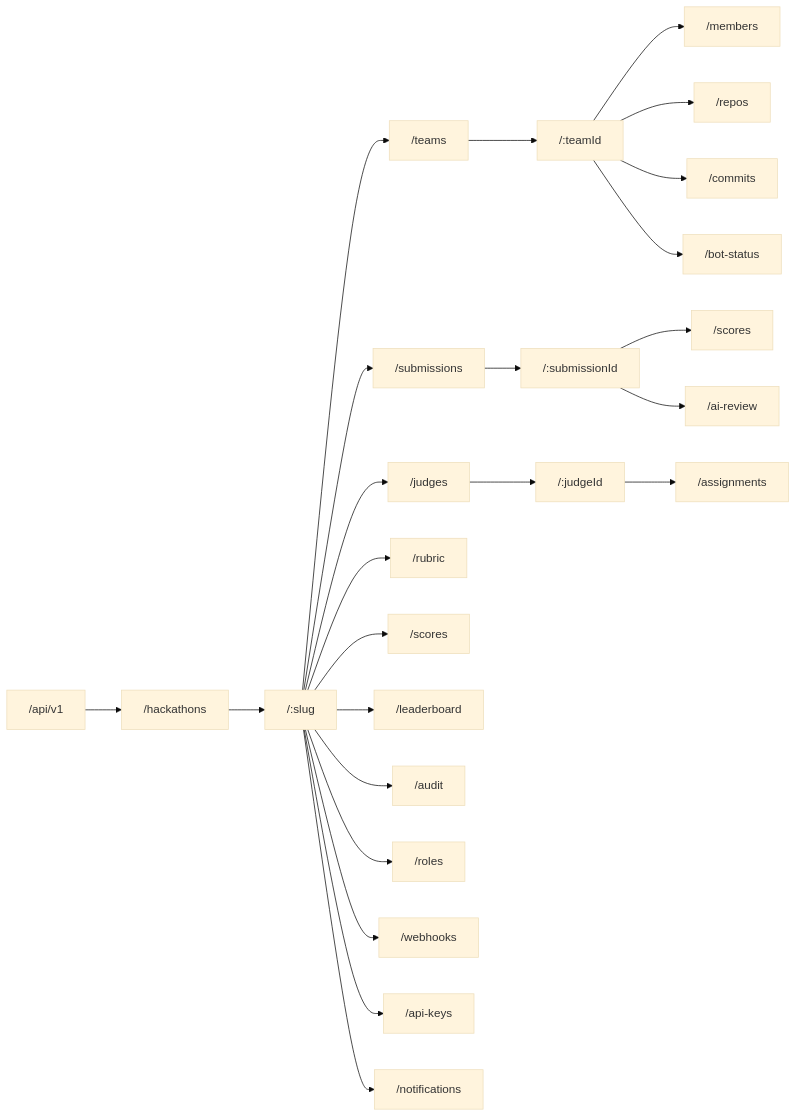
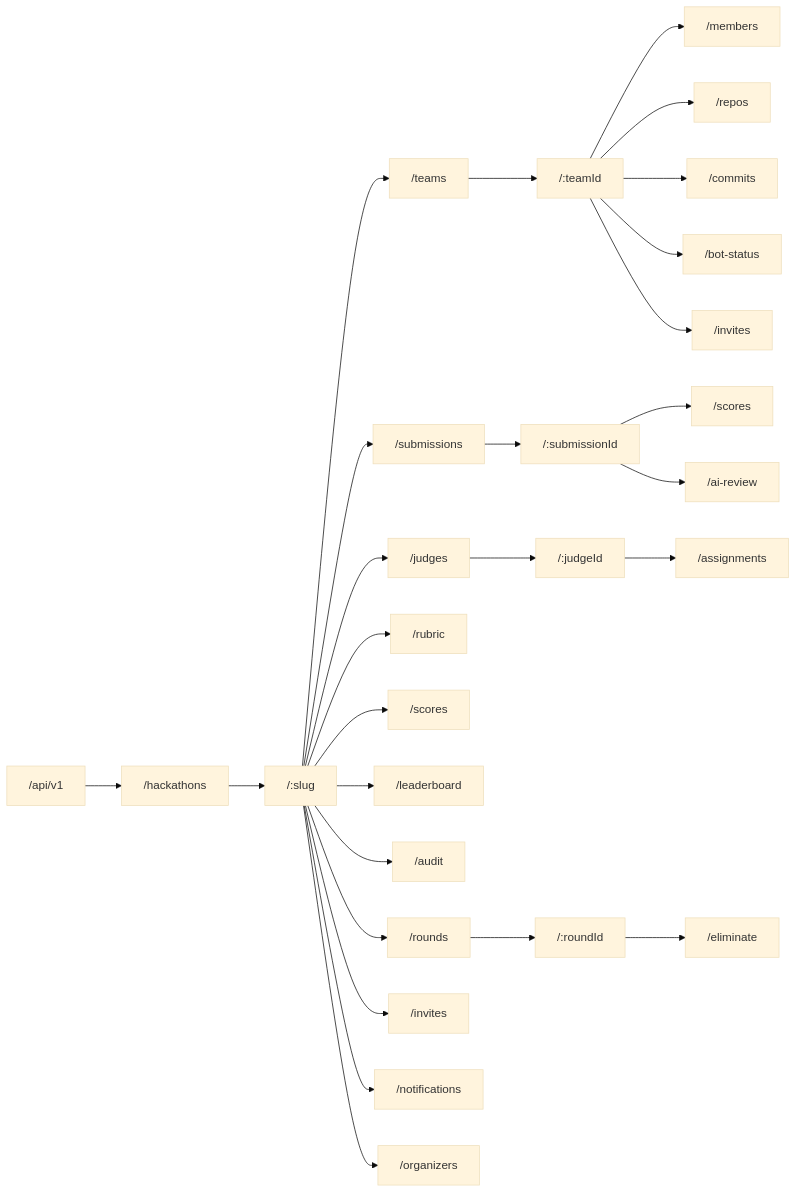
Before and after one commit to devangshupandey2025-stack/DevSage: the first of 8 diagrams in docs/v3/planned/api-design.md, drawn with Mermaid (base theme). The commit also changed other lines of this file, not shown here.

First line of the commit message:
docs(api-design): align routes with Phase 1 scope, add rounds and invites

````diff
--- a/docs/v3/planned/api-design.md
+++ b/docs/v3/planned/api-design.md
@@ -73,29 +71,33 @@
 ```mermaid
 flowchart LR
     A["/api/v1"] --> B["/hackathons"]
     B --> C["/:slug"]
     C --> D["/teams"]
     C --> E["/submissions"]
     C --> F["/judges"]
     C --> G["/rubric"]
     C --> H["/scores"]
     C --> I["/leaderboard"]
     C --> J["/audit"]
-    C --> K["/roles"]
-    C --> L["/webhooks"]
-    C --> M["/api-keys"]
-    C --> N["/notifications"]
+    C --> K["/rounds"]
+    C --> L["/invites"]
+    C --> M["/notifications"]
+    C --> N["/organizers"]
 
     D --> D1["/:teamId"]
     D1 --> D2["/members"]
     D1 --> D3["/repos"]
     D1 --> D4["/commits"]
     D1 --> D5["/bot-status"]
+    D1 --> D6["/invites"]
 
     E --> E1["/:submissionId"]
     E1 --> E2["/scores"]
     E1 --> E3["/ai-review"]
 
+    K --> K1["/:roundId"]
+    K1 --> K2["/eliminate"]
+
     F --> F1["/:judgeId"]
     F1 --> F2["/assignments"]
 ```
````
